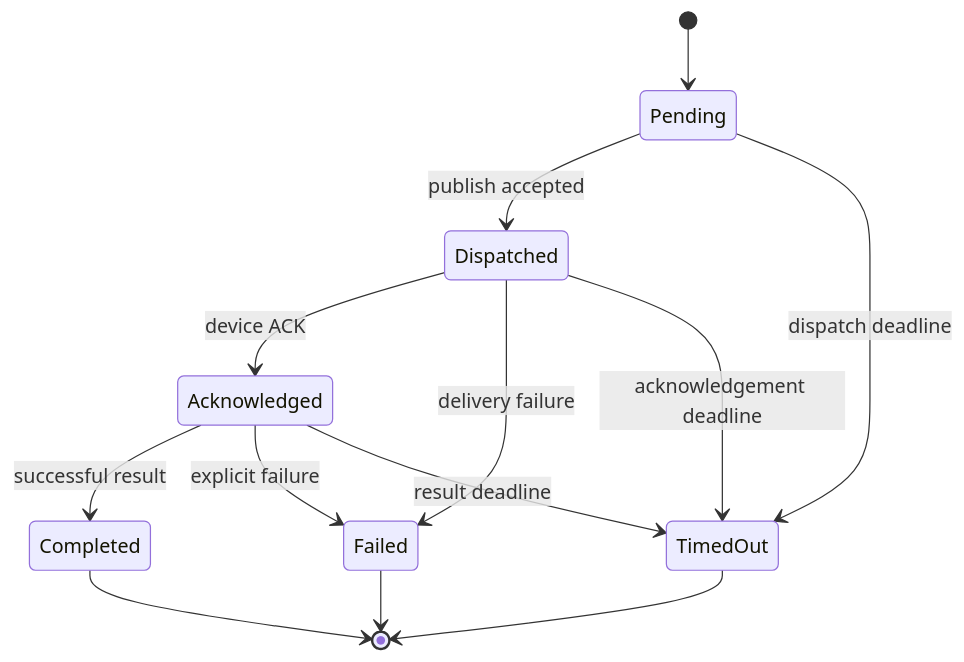
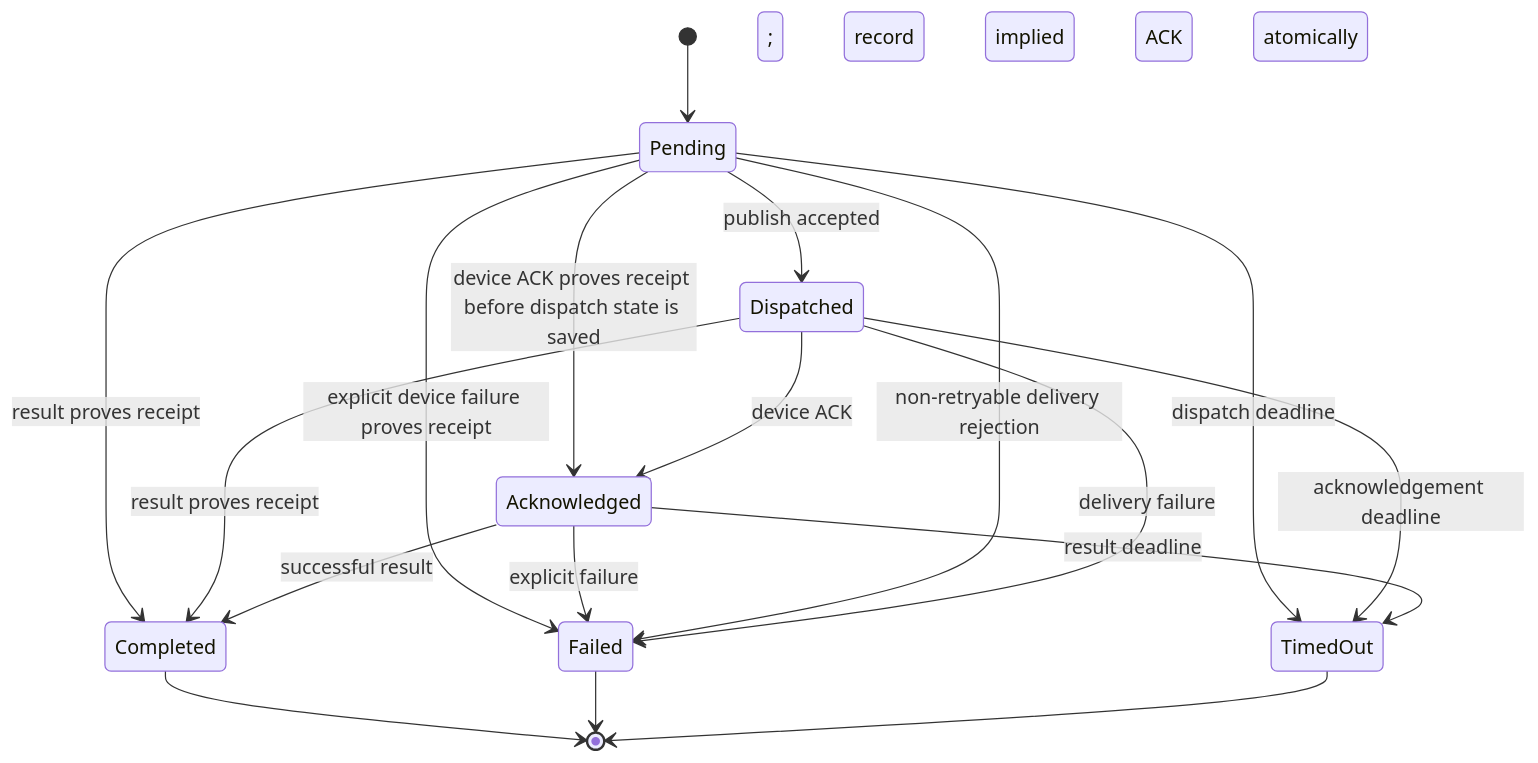
Before and after one commit to methat-ruk/pulsegrid: the sixth of 8 diagrams in docs/architecture/system-architecture.md, drawn with Mermaid. The commit also changed other lines of this file and 30 other files, not shown here.

First line of the commit message:
feat: add MVP-010 command model and GraphQL API (#20)

````diff
--- a/docs/architecture/system-architecture.md
+++ b/docs/architecture/system-architecture.md
@@ -415,15 +415,20 @@
 ```mermaid
 stateDiagram-v2
     [*] --> Pending
     Pending --> Dispatched: publish accepted
+    Pending --> Acknowledged: device ACK proves receipt before dispatch state is saved
+    Pending --> Completed: result proves receipt; record implied ACK atomically
+    Pending --> Failed: explicit device failure proves receipt
     Dispatched --> Acknowledged: device ACK
+    Dispatched --> Completed: result proves receipt; record implied ACK atomically
     Acknowledged --> Completed: successful result
     Acknowledged --> Failed: explicit failure
+    Pending --> Failed: non-retryable delivery rejection
     Dispatched --> Failed: delivery failure
     Pending --> TimedOut: dispatch deadline
     Dispatched --> TimedOut: acknowledgement deadline
     Acknowledged --> TimedOut: result deadline
     Completed --> [*]
     Failed --> [*]
     TimedOut --> [*]
 ```
````
